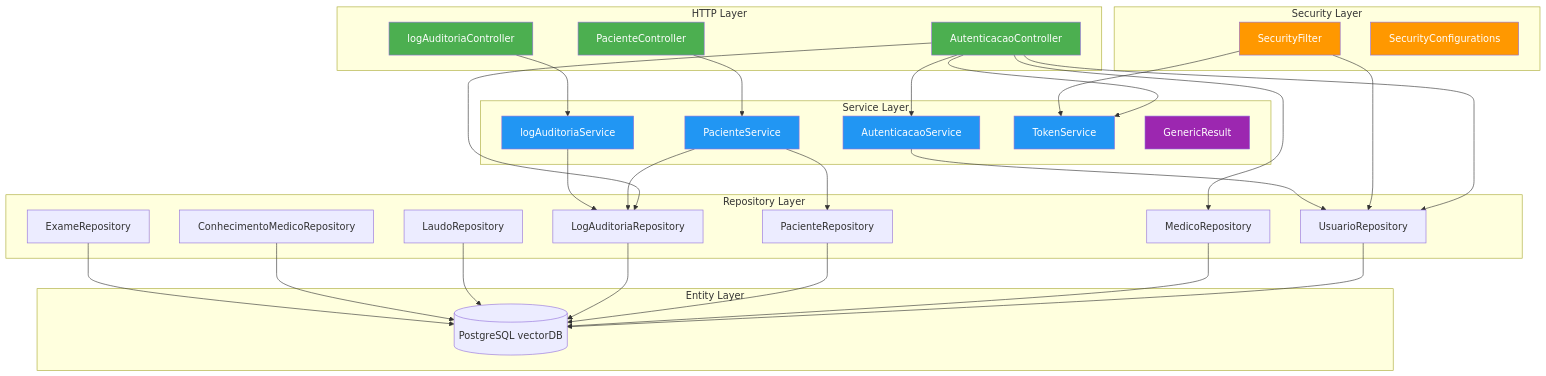
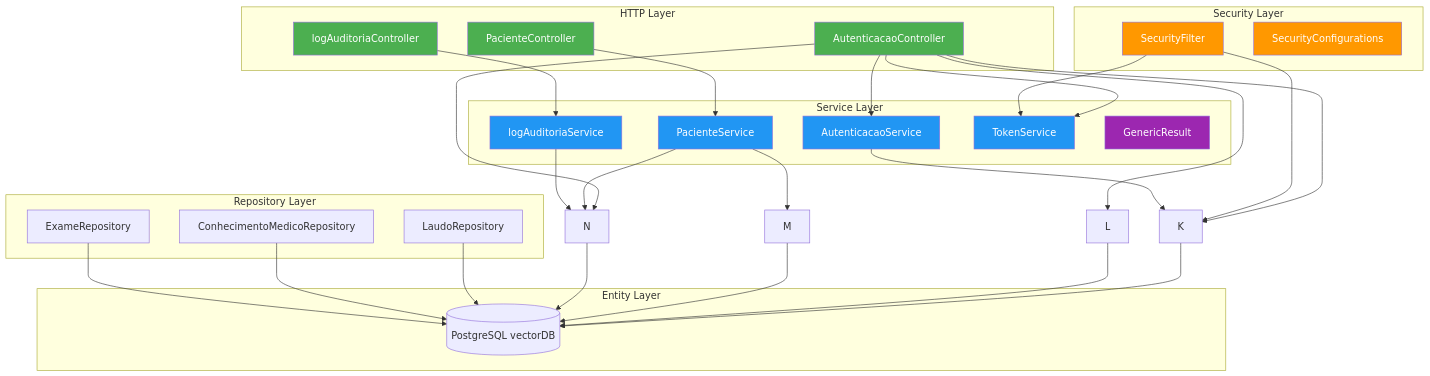
The first of 6 diagrams in wiki/concepts/backend-services.md (RyanAguiiarr/Tila_Brain), drawn with Mermaid before and after one commit. The commit also changed other lines of this file and 19 other files, not shown here.

````diff
--- a/wiki/concepts/backend-services.md
+++ b/wiki/concepts/backend-services.md
@@ -18,67 +18,63 @@
 ```mermaid
 graph TD
     subgraph "HTTP Layer"
         A[AutenticacaoController] 
         B[PacienteController]
         C[logAuditoriaController]
     end
 
     subgraph "Security Layer"
         D[SecurityFilter]
         E[SecurityConfigurations]
     end
 
     subgraph "Service Layer"
         F[AutenticacaoService]
         G[PacienteService]
         H[logAuditoriaService]
         I[TokenService]
         J[GenericResult]
     end
 
     subgraph "Repository Layer"
-        K[UsuarioRepository]
-        L[MedicoRepository]
-        M[PacienteRepository]
-        N[LogAuditoriaRepository]
         O[LaudoRepository]
         P[ConhecimentoMedicoRepository]
         Q[ExameRepository]
     end
 
     subgraph "Entity Layer"
         R[(PostgreSQL vectorDB)]
     end
 
     A --> F
     A --> I
     A --> K
     A --> L
     A --> N
     B --> G
     C --> H
     D --> I
     D --> K
     F --> K
     G --> M
     G --> N
     H --> N
     K --> R
     L --> R
     M --> R
     N --> R
     O --> R
     P --> R
     Q --> R
 
     style A fill:#4CAF50,color:#fff
     style B fill:#4CAF50,color:#fff
     style C fill:#4CAF50,color:#fff
     style D fill:#FF9800,color:#fff
     style E fill:#FF9800,color:#fff
     style F fill:#2196F3,color:#fff
     style G fill:#2196F3,color:#fff
     style H fill:#2196F3,color:#fff
     style I fill:#2196F3,color:#fff
     style J fill:#9C27B0,color:#fff
 ```
````
